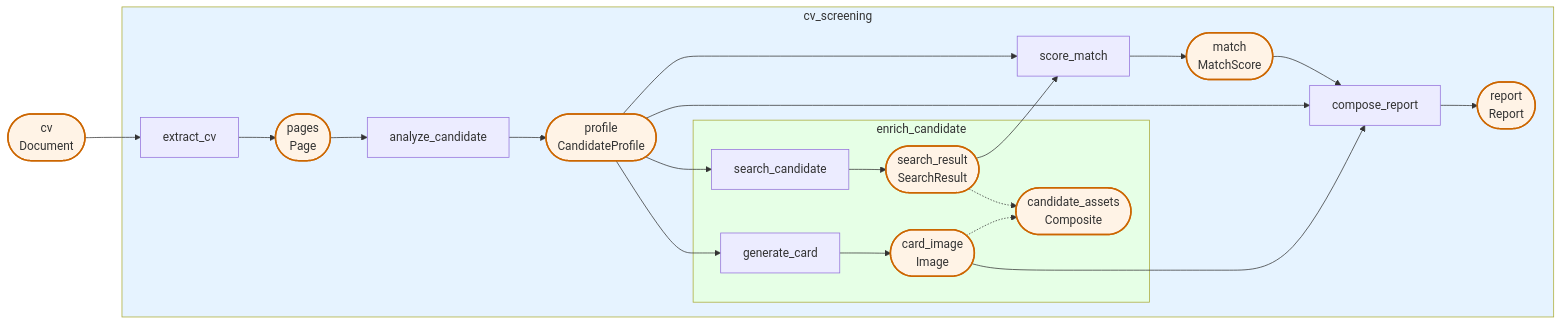
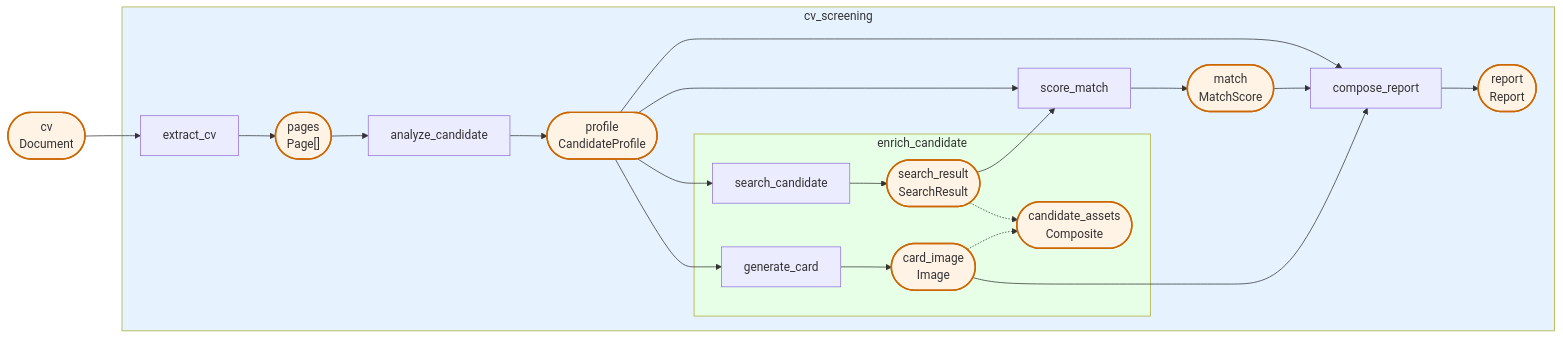
One commit to Pipelex/mthds-ui changed the diagram in data/pipelines/pipeline_09/live_run_mermaidflow.mmd. Above: the diagram before and after it, drawn with Mermaid. The commit also changed 59 other files, not shown here.

```diff
--- a/data/pipelines/pipeline_09/live_run_mermaidflow.mmd
+++ b/data/pipelines/pipeline_09/live_run_mermaidflow.mmd
@@ -1,53 +1,53 @@
 flowchart LR
 
     %% Pipe and stuff nodes within controller subgraphs
-    subgraph sg_n_fc485e7712["cv_screening"]
-        subgraph sg_n_e03ec47659["enrich_candidate"]
-            n_a3d770e60d["generate_card"]
-            s_c52bbc1e94(["card_image<br/>Image"]):::stuff
-            n_cd2e261cfa["search_candidate"]
-            s_aeb9fe8ef3(["search_result<br/>SearchResult"]):::stuff
-            s_ee3338ce8d(["candidate_assets<br/>Composite"]):::stuff
+    subgraph sg_n_9ac795c026["cv_screening"]
+        subgraph sg_n_4504c10f2f["enrich_candidate"]
+            n_6e6eb313bd["generate_card"]
+            s_5220ffd721(["card_image<br/>Image"]):::stuff
+            n_bced6b0866["search_candidate"]
+            s_cf3bc5dfc5(["search_result<br/>SearchResult"]):::stuff
+            s_4ed0a83e51(["candidate_assets<br/>Composite"]):::stuff
         end
-        n_c02a6a2fa6["analyze_candidate"]
-        s_5a203345f2(["profile<br/>CandidateProfile"]):::stuff
-        n_0d97dfb5bd["compose_report"]
-        s_8f0f399a58(["report<br/>Report"]):::stuff
-        n_14e448a47c["extract_cv"]
-        s_7d0368bf3c(["pages<br/>Page"]):::stuff
-        n_26179286e6["score_match"]
-        s_d8eb4afdb8(["match<br/>MatchScore"]):::stuff
+        n_b39f9e1dcc["analyze_candidate"]
+        s_38c68322b8(["profile<br/>CandidateProfile"]):::stuff
+        n_a59ab0718f["compose_report"]
+        s_92fc463d6b(["report<br/>Report"]):::stuff
+        n_00c95630a8["extract_cv"]
+        s_3d25a0d570(["pages<br/>Page#91;#93;"]):::stuff
+        n_b0227c7994["score_match"]
+        s_981a5b9577(["match<br/>MatchScore"]):::stuff
     end
 
     %% Pipeline input stuff nodes (no producer)
-    s_0159a6594a(["cv<br/>Document"]):::stuff
+    s_f948c9edda(["cv<br/>Document"]):::stuff
 
     %% Data flow edges: producer -> stuff -> consumer
-    n_26179286e6 --> s_d8eb4afdb8
-    n_0d97dfb5bd --> s_8f0f399a58
-    n_14e448a47c --> s_7d0368bf3c
-    n_c02a6a2fa6 --> s_5a203345f2
-    n_a3d770e60d --> s_c52bbc1e94
-    n_cd2e261cfa --> s_aeb9fe8ef3
-    s_d8eb4afdb8 --> n_0d97dfb5bd
-    s_7d0368bf3c --> n_c02a6a2fa6
-    s_5a203345f2 --> n_cd2e261cfa
-    s_5a203345f2 --> n_a3d770e60d
-    s_5a203345f2 --> n_26179286e6
-    s_5a203345f2 --> n_0d97dfb5bd
-    s_c52bbc1e94 --> n_0d97dfb5bd
-    s_aeb9fe8ef3 --> n_26179286e6
-    s_0159a6594a --> n_14e448a47c
+    n_bced6b0866 --> s_cf3bc5dfc5
+    n_00c95630a8 --> s_3d25a0d570
+    n_b39f9e1dcc --> s_38c68322b8
+    n_b0227c7994 --> s_981a5b9577
+    n_6e6eb313bd --> s_5220ffd721
+    n_a59ab0718f --> s_92fc463d6b
+    s_f948c9edda --> n_00c95630a8
+    s_cf3bc5dfc5 --> n_b0227c7994
+    s_3d25a0d570 --> n_b39f9e1dcc
+    s_38c68322b8 --> n_bced6b0866
+    s_38c68322b8 --> n_6e6eb313bd
+    s_38c68322b8 --> n_b0227c7994
+    s_38c68322b8 --> n_a59ab0718f
+    s_981a5b9577 --> n_a59ab0718f
+    s_5220ffd721 --> n_a59ab0718f
 
     %% Parallel combine edges: branch outputs → combined output
-    s_aeb9fe8ef3 -.-> s_ee3338ce8d
-    s_c52bbc1e94 -.-> s_ee3338ce8d
+    s_cf3bc5dfc5 -.-> s_4ed0a83e51
+    s_5220ffd721 -.-> s_4ed0a83e51
 
     %% Style definitions
     classDef failed fill:#ffcccc,stroke:#cc0000
     classDef stuff fill:#fff3e6,stroke:#cc6600,stroke-width:2px
     classDef controller fill:#e6f3ff,stroke:#0066cc
 
     %% Subgraph depth-based coloring
-    style sg_n_e03ec47659 fill:#e6ffe6
-    style sg_n_fc485e7712 fill:#e6f3ff
+    style sg_n_4504c10f2f fill:#e6ffe6
+    style sg_n_9ac795c026 fill:#e6f3ff
```
